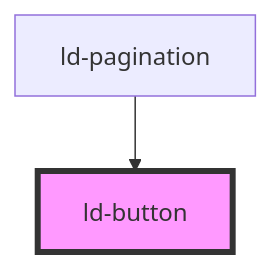
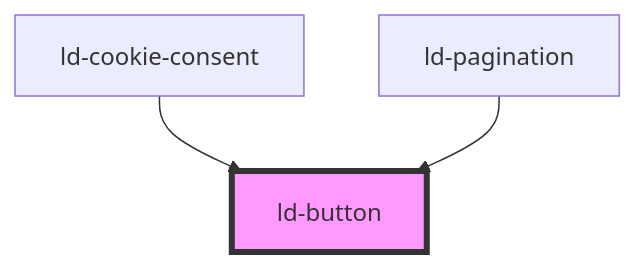
The diagram in src/liquid/components/ld-button/readme.md (emdgroup-liquid/liquid), drawn with Mermaid before and after one commit. The commit also changed other lines of this file and 41 other files, not shown here.

Commit message:
feat(ld-cookie-consent): component which helps to comply with privacy regulations

````diff
--- a/src/liquid/components/ld-button/readme.md
+++ b/src/liquid/components/ld-button/readme.md
@@ -569,5 +570,6 @@
 ```mermaid
 graph TD;
+  ld-cookie-consent --> ld-button
   ld-pagination --> ld-button
   style ld-button fill:#f9f,stroke:#333,stroke-width:4px
 ```
````
